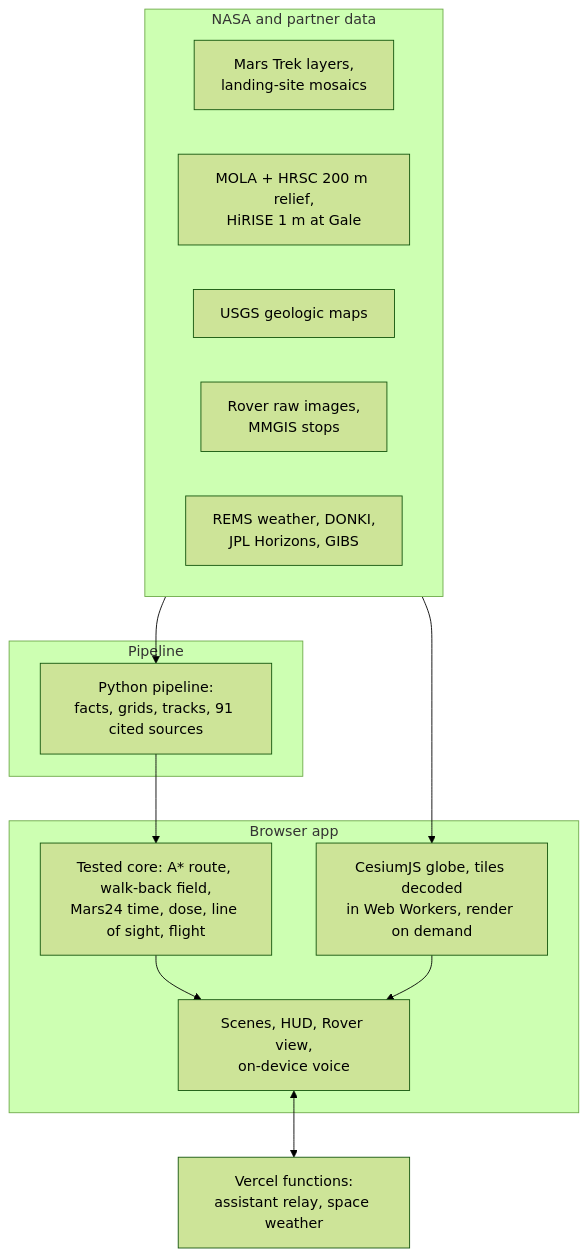
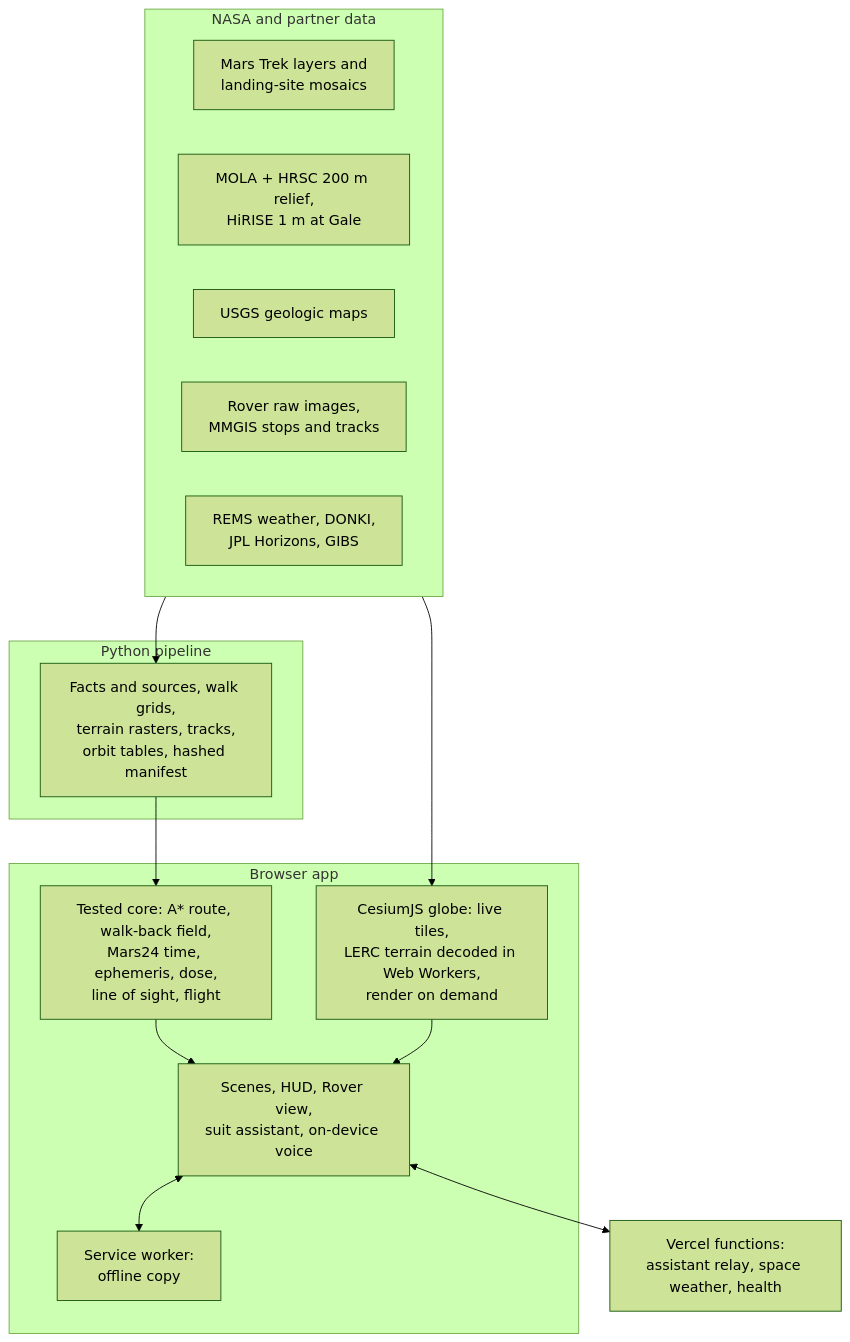
One commit to rishushaurya/nasa-space-app changed the third of 3 diagrams in README.md. Above: the diagram before and after it, drawn with Mermaid (forest theme). The commit also changed other lines of this file and 28 other files, not shown here.

````diff
--- a/README.md
+++ b/README.md
@@ -111,24 +188,26 @@
 ```mermaid
 flowchart TB
     subgraph Data["NASA and partner data"]
-        TREK["Mars Trek layers,<br/>landing-site mosaics"]
+        TREK["Mars Trek layers and<br/>landing-site mosaics"]
         DEM["MOLA + HRSC 200 m relief,<br/>HiRISE 1 m at Gale"]
         USGS["USGS geologic maps"]
-        RAW["Rover raw images,<br/>MMGIS stops"]
+        RAW["Rover raw images,<br/>MMGIS stops and tracks"]
         LIVE["REMS weather, DONKI,<br/>JPL Horizons, GIBS"]
     end
-    subgraph Build["Pipeline"]
-        PY["Python pipeline:<br/>facts, grids, tracks, 91 cited sources"]
+    subgraph Pipeline["Python pipeline"]
+        PY["Facts and sources, walk grids,<br/>terrain rasters, tracks,<br/>orbit tables, hashed manifest"]
     end
     subgraph App["Browser app"]
-        CORE["Tested core: A* route, walk-back field,<br/>Mars24 time, dose, line of sight, flight"]
-        GLOBE["CesiumJS globe, tiles decoded<br/>in Web Workers, render on demand"]
-        UI["Scenes, HUD, Rover view,<br/>on-device voice"]
+        CORE["Tested core: A* route, walk-back field,<br/>Mars24 time, ephemeris, dose,<br/>line of sight, flight"]
+        GLOBE["CesiumJS globe: live tiles,<br/>LERC terrain decoded in Web Workers,<br/>render on demand"]
+        UI["Scenes, HUD, Rover view,<br/>suit assistant, on-device voice"]
+        SW["Service worker:<br/>offline copy"]
     end
-    API["Vercel functions:<br/>assistant relay, space weather"]
+    API["Vercel functions:<br/>assistant relay, space weather, health"]
     Data --> PY --> CORE
     Data --> GLOBE
     CORE --> UI
     GLOBE --> UI
     UI <--> API
+    UI <--> SW
 ```
````
